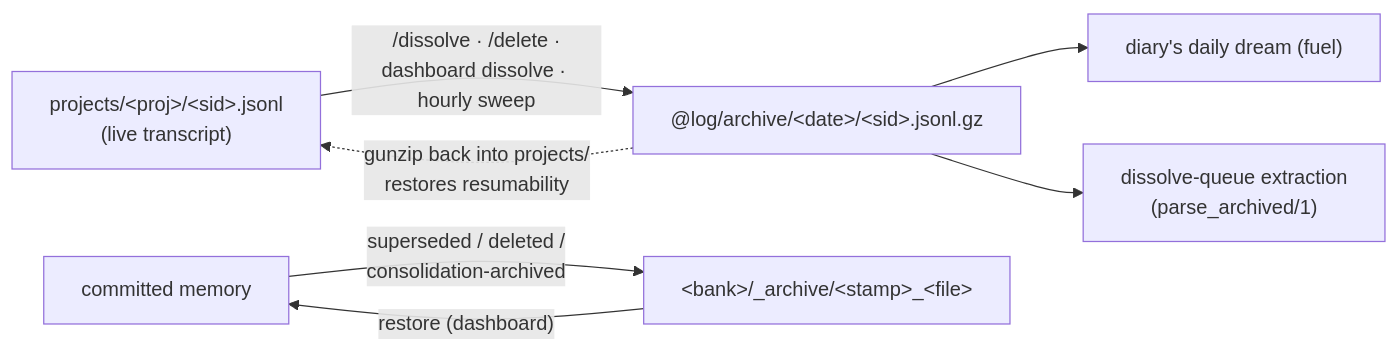
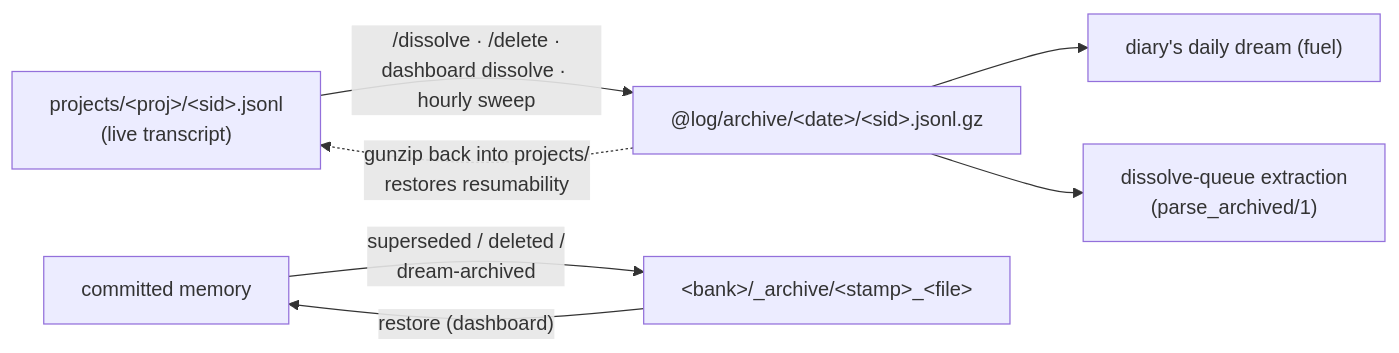
One commit to jgeschwendt/.claude changed the eighth of 8 diagrams in @apps/web/lib/core/memory.md. Above: the diagram before and after it, drawn with Mermaid. The commit also changed other lines of this file and 8 other files, not shown here.

````diff
--- a/@apps/web/lib/core/memory.md
+++ b/@apps/web/lib/core/memory.md
@@ -338,9 +343,9 @@
 ```mermaid
 flowchart LR
     T["projects/&lt;proj&gt;/&lt;sid&gt;.jsonl<br/>(live transcript)"] -->|"/dissolve · /delete ·<br/>dashboard dissolve · hourly sweep"| G["@log/archive/&lt;date&gt;/&lt;sid&gt;.jsonl.gz"]
     G --> DRM["diary's daily dream (fuel)"]
     G --> QX["dissolve-queue extraction<br/>(parse_archived/1)"]
     G -.->|"gunzip back into projects/<br/>restores resumability"| T
-    M1["committed memory"] -->|superseded / deleted /<br/>consolidation-archived| A["&lt;bank&gt;/_archive/&lt;stamp&gt;_&lt;file&gt;"]
+    M1["committed memory"] -->|superseded / deleted /<br/>dream-archived| A["&lt;bank&gt;/_archive/&lt;stamp&gt;_&lt;file&gt;"]
     A -->|"restore (dashboard)"| M1
 ```
````
